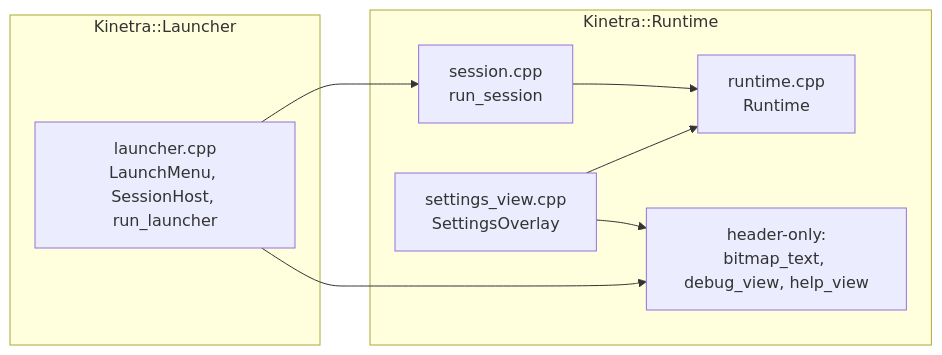
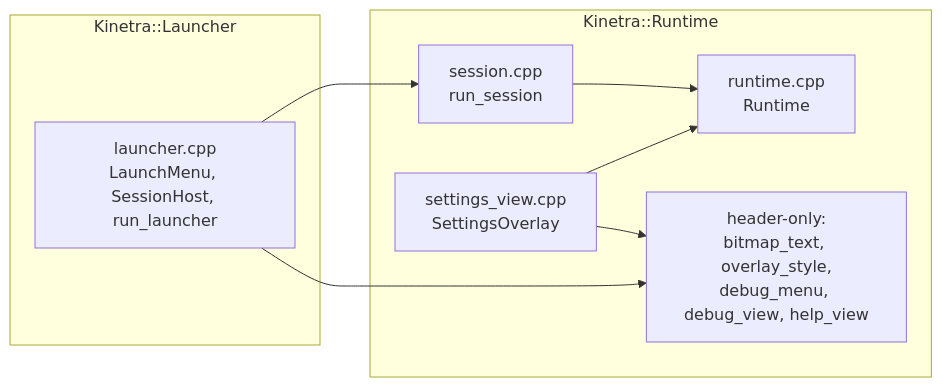
Before and after one commit to SMB-M87/Kinetra: the first of 2 diagrams in src/engine/README.md, drawn with Mermaid. The commit also changed other lines of this file and 3 other files, not shown here.

````diff
--- a/src/engine/README.md
+++ b/src/engine/README.md
@@ -37,17 +37,17 @@
 ```mermaid
 flowchart LR
     subgraph Runtime["Kinetra::Runtime"]
         RT["runtime.cpp<br/>Runtime"]
         SE["session.cpp<br/>run_session"]
         SV["settings_view.cpp<br/>SettingsOverlay"]
-        HDR["header-only:<br/>bitmap_text, debug_view, help_view"]
+        HDR["header-only:<br/>bitmap_text, overlay_style,<br/>debug_menu, debug_view, help_view"]
     end
     subgraph Launcher["Kinetra::Launcher"]
         LA["launcher.cpp<br/>LaunchMenu, SessionHost, run_launcher"]
     end
     SE --> RT
     SV --> HDR
     SV --> RT
     LA --> SE
     LA --> HDR
 ```
````
